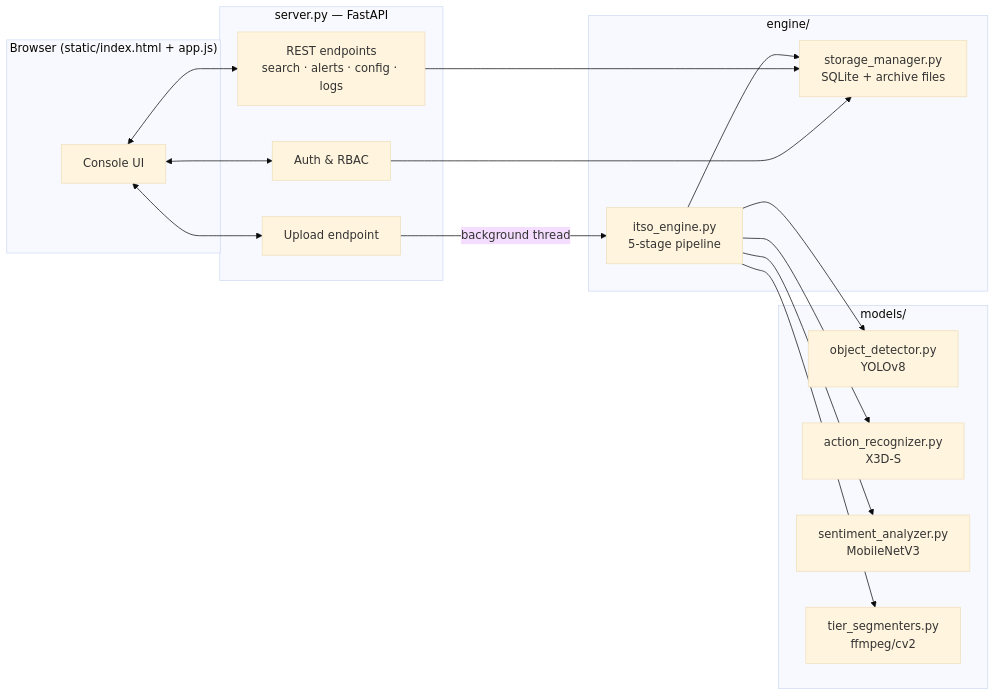
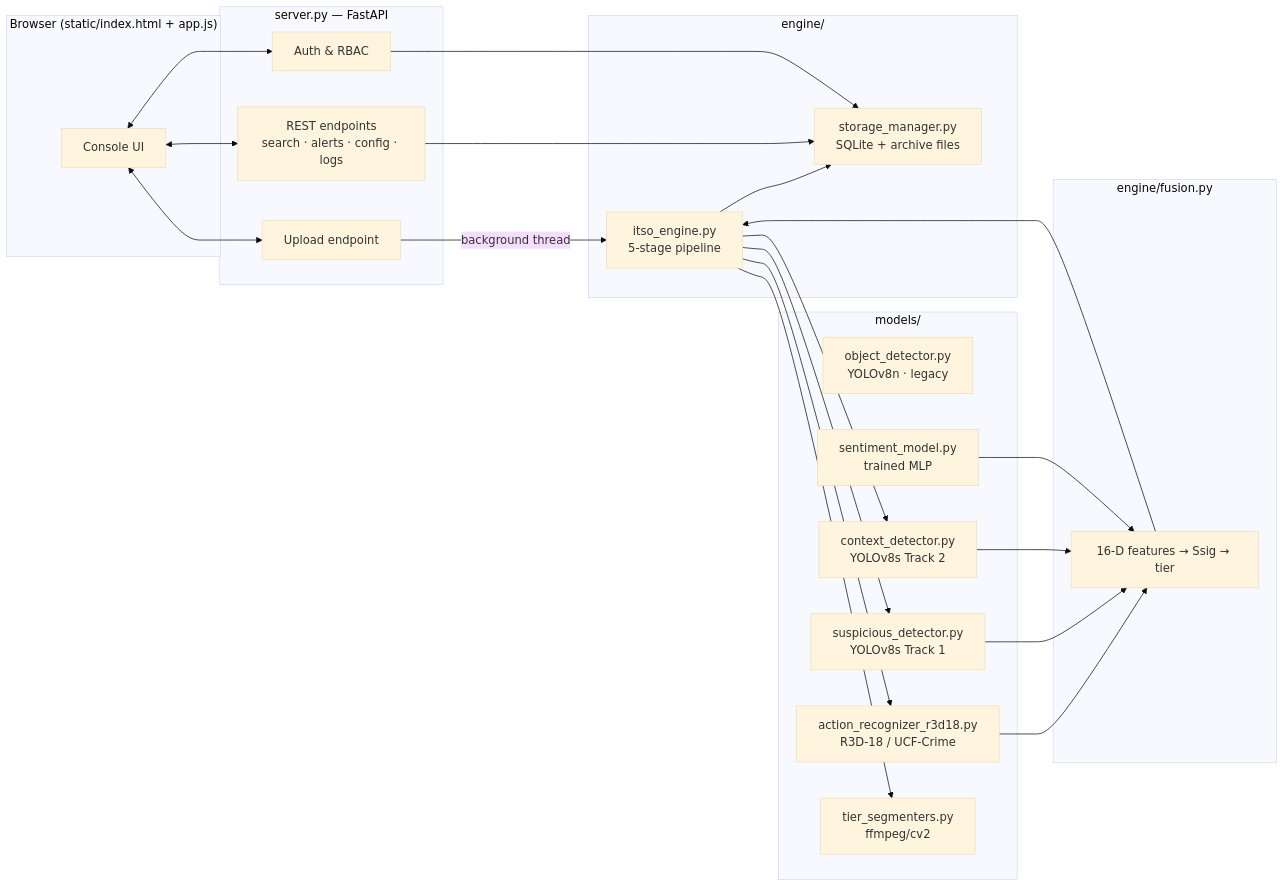
Before and after one commit to 2001sithum/quintrix-itso: the diagram in docs/ARCHITECTURE.md, drawn with Mermaid (base theme). The commit also changed other lines of this file and 56 other files, not shown here.

````diff
--- a/docs/ARCHITECTURE.md
+++ b/docs/ARCHITECTURE.md
@@ -10,36 +10,46 @@
 ```mermaid
 flowchart LR
     subgraph Client["Browser (static/index.html + app.js)"]
         UI[Console UI]
     end
 
     subgraph API["server.py — FastAPI"]
         AUTH[Auth & RBAC]
         UPLOAD[Upload endpoint]
         REST[REST endpoints<br/>search · alerts · config · logs]
     end
 
     subgraph Engine["engine/"]
         PIPE[itso_engine.py<br/>5-stage pipeline]
         SM[storage_manager.py<br/>SQLite + archive files]
     end
 
     subgraph Models["models/"]
-        YOLO[object_detector.py<br/>YOLOv8]
-        X3D[action_recognizer.py<br/>X3D-S]
-        MNET[sentiment_analyzer.py<br/>MobileNetV3]
+        YOLO[object_detector.py<br/>YOLOv8n · legacy]
+        R3D[action_recognizer_r3d18.py<br/>R3D-18 / UCF-Crime]
+        T1[suspicious_detector.py<br/>YOLOv8s Track 1]
+        T2[context_detector.py<br/>YOLOv8s Track 2]
+        SENT[sentiment_model.py<br/>trained MLP]
         TIER[tier_segmenters.py<br/>ffmpeg/cv2]
+    end
+    subgraph Fusion["engine/fusion.py"]
+        FUSE[16-D features → Ssig → tier]
     end
 
     UI <--> AUTH
     UI <--> UPLOAD
     UI <--> REST
     UPLOAD -->|background thread| PIPE
-    PIPE --> YOLO
-    PIPE --> X3D
-    PIPE --> MNET
+    PIPE --> R3D
+    PIPE --> T1
+    PIPE --> T2
+    R3D --> FUSE
+    T1 --> FUSE
+    T2 --> FUSE
+    SENT --> FUSE
+    FUSE --> PIPE
     PIPE --> TIER
     PIPE --> SM
     REST --> SM
     AUTH --> SM
 ```
````
